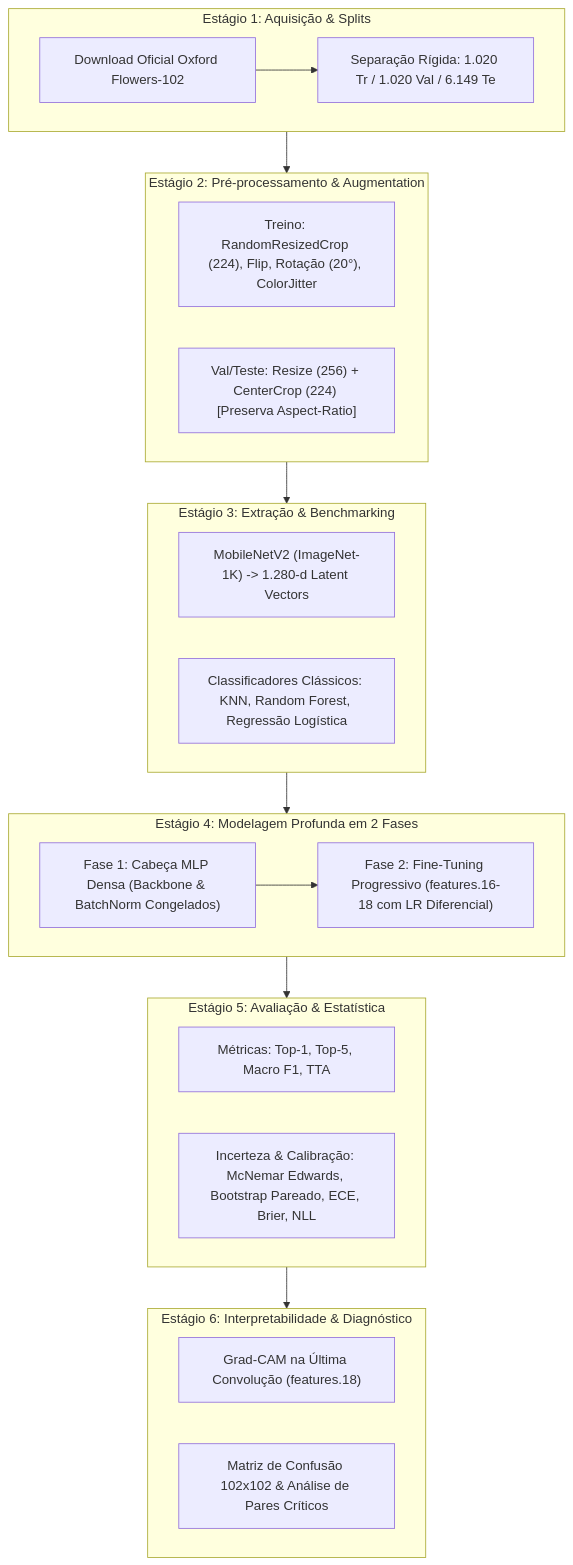
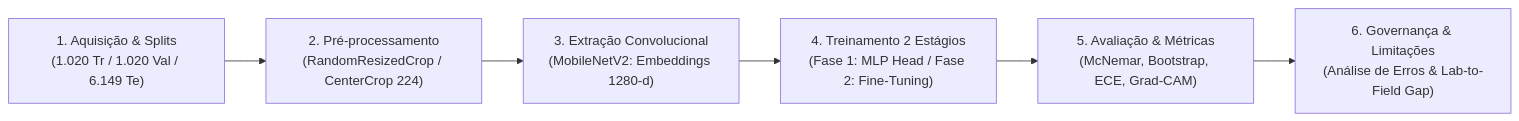
Before and after one commit to kelryana/classificacao-botanica: the diagram in README.md, drawn with Mermaid. The commit also changed other lines of this file, not shown here.

````diff
--- a/README.md
+++ b/README.md
@@ -75,32 +31,8 @@
 ```mermaid
-flowchart TD
-    subgraph S1 ["Estágio 1: Aquisição & Splits"]
-        A1["Download Oficial Oxford Flowers-102"] --> A2["Separação Rígida: 1.020 Tr / 1.020 Val / 6.149 Te"]
-    end
-
-    subgraph S2 ["Estágio 2: Pré-processamento & Augmentation"]
-        B1["Treino: RandomResizedCrop (224), Flip, Rotação (20°), ColorJitter"]
-        B2["Val/Teste: Resize (256) + CenterCrop (224) [Preserva Aspect-Ratio]"]
-    end
-
-    subgraph S3 ["Estágio 3: Extração & Benchmarking"]
-        C1["MobileNetV2 (ImageNet-1K) -> 1.280-d Latent Vectors"]
-        C2["Classificadores Clássicos: KNN, Random Forest, Regressão Logística"]
-    end
-
-    subgraph S4 ["Estágio 4: Modelagem Profunda em 2 Fases"]
-        D1["Fase 1: Cabeça MLP Densa (Backbone & BatchNorm Congelados)"] --> D2["Fase 2: Fine-Tuning Progressivo (features.16-18 com LR Diferencial)"]
-    end
-
-    subgraph S5 ["Estágio 5: Avaliação & Estatística"]
-        E1["Métricas: Top-1, Top-5, Macro F1, TTA"]
-        E2["Incerteza & Calibração: McNemar Edwards, Bootstrap Pareado, ECE, Brier, NLL"]
-    end
-
-    subgraph S6 ["Estágio 6: Interpretabilidade & Diagnóstico"]
-        F1["Grad-CAM na Última Convolução (features.18)"]
-        F2["Matriz de Confusão 102x102 & Análise de Pares Críticos"]
-    end
-
-    S1 --> S2 --> S3 --> S4 --> S5 --> S6
+flowchart LR
+    E1["1. Aquisição & Splits<br/>(1.020 Tr / 1.020 Val / 6.149 Te)"] --> E2["2. Pré-processamento<br/>(RandomResizedCrop / CenterCrop 224)"]
+    E2 --> E3["3. Extração Convolucional<br/>(MobileNetV2: Embeddings 1280-d)"]
+    E3 --> E4["4. Treinamento 2 Estágios<br/>(Fase 1: MLP Head / Fase 2: Fine-Tuning)"]
+    E4 --> E5["5. Avaliação & Métricas<br/>(McNemar, Bootstrap, ECE, Grad-CAM)"]
+    E5 --> E6["6. Governança & Limitações<br/>(Análise de Erros & Lab-to-Field Gap)"]
 ```
````
